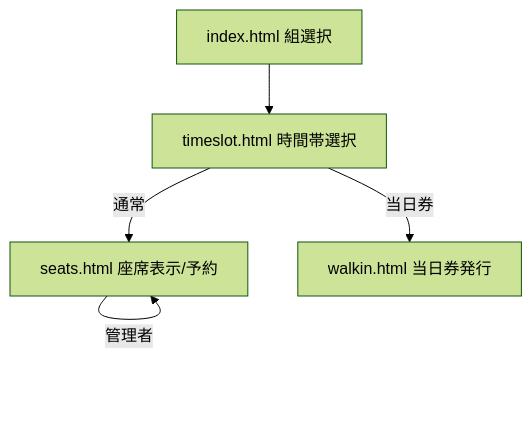
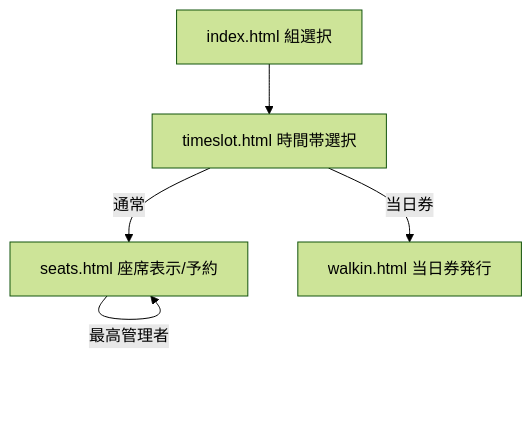
Before and after one commit to J105588/tickets-test-master: the second of 3 diagrams in README.md, drawn with Mermaid (forest theme). The commit also changed other lines of this file and 8 other files, not shown here.

````diff
--- a/README.md
+++ b/README.md
@@ -186,7 +239,8 @@
 ```mermaid
 graph TD
   I[index.html 組選択] --> T[timeslot.html 時間帯選択]
   T -->|通常| S[seats.html 座席表示/予約]
   T -->|当日券| W[walkin.html 当日券発行]
   S -->|管理者| S
+  S -->|最高管理者| S
 ```
````
